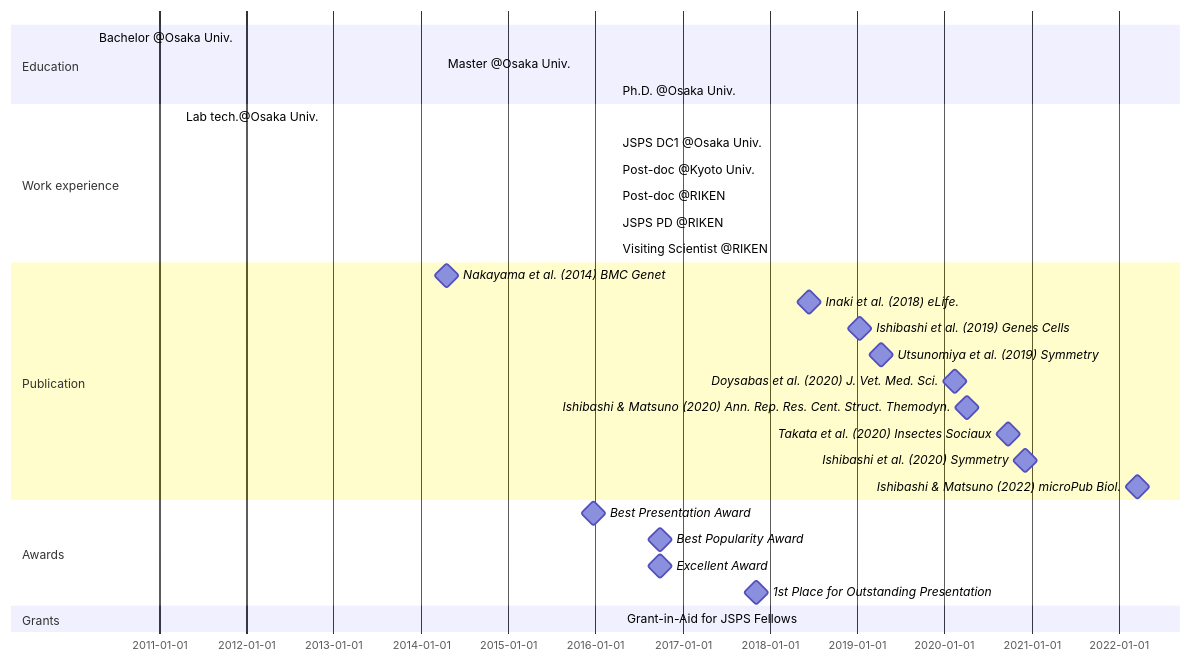
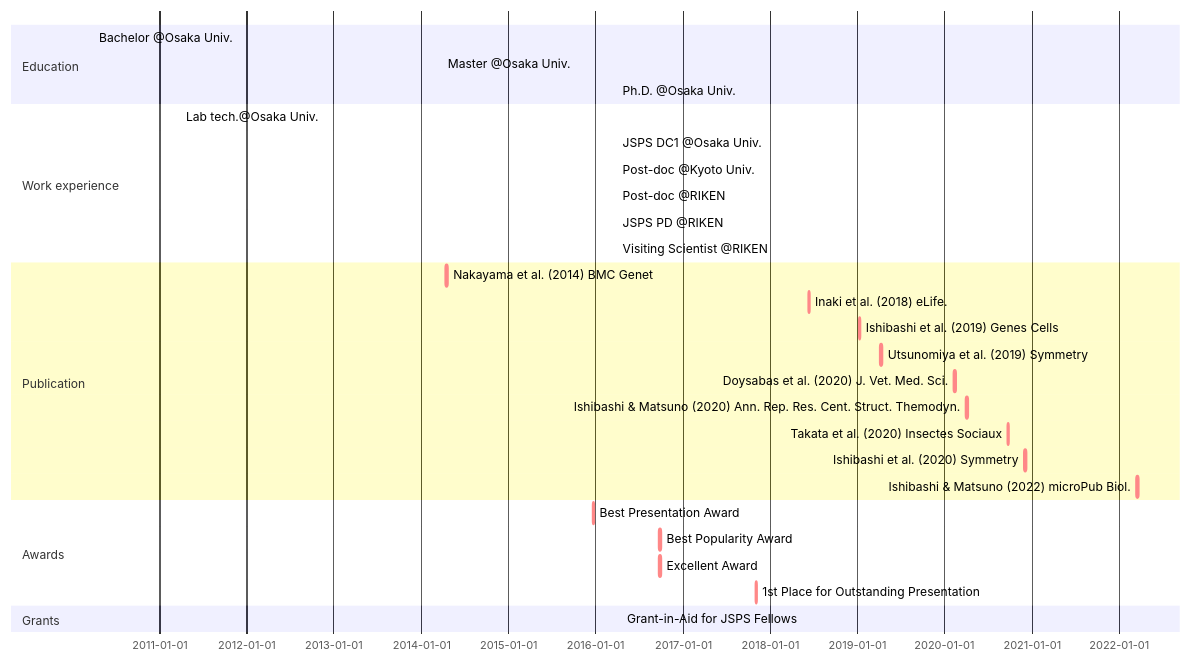
The diagram in _includes/mermaid-cv.md (ishibaki/ishibaki.github.io), drawn with Mermaid before and after one commit.

````diff
--- a/_includes/mermaid-cv.md
+++ b/_includes/mermaid-cv.md
@@ -1,31 +1,31 @@
 ```mermaid
 gantt
 section Education
   Bachelor @Osaka Univ. : BS, 2010-04-01, 2014-03-25
   Master @Osaka Univ.   : MS, 2014-04-01, 2016-03-28
   Ph.D. @Osaka Univ.    : Ph.D., 2016-04-01, 2019-03-25
 section Work experience
   Lab tech.@Osaka Univ.     : done, OU-tech, 2011-04-01, 2012-03-31
   JSPS DC1 @Osaka Univ.     : done, DC1, 2016-04-01, 2019-03-31
   Post-doc @Kyoto Univ.     : done, KU-postdoc, after DC1, 2021-04-30
   Post-doc @RIKEN           : done, RIKEN-postdoc, after KU-postdoc, 2022-03-31
   JSPS PD @RIKEN            : active, PD, after RIKEN-postdoc, 2025-03-31
   Visiting Scientist @RIKEN : active, PD, after RIKEN-postdoc, 2025-03-31
 section Publication
-  Nakayama et al. (2014) BMC Genet          : milestone, nakayama2014, 2014-04-16, 1w
-  Inaki et al. (2018) eLife.                : milestone, inaki2018, 2018-06-12, 1w
-  Ishibashi et al. (2019) Genes Cells       : milestone, ishibashi2019, 2019-01-09, 1w
-  Utsunomiya et al. (2019) Symmetry         : milestone, utsunomiya2019, 2019-04-08, 1w
-  Doysabas et al. (2020) J. Vet. Med. Sci.  : milestone, doysabas2020, 2020-02-12, 1w
-  Ishibashi & Matsuno (2020) Ann. Rep. Res. Cent. Struct. Themodyn. : milestone, ishibashi2020a, 2020-04-01, 1w
-  Takata et al. (2020) Insectes Sociaux     : milestone, takata2020, 2020-09-22, 1w
-  Ishibashi et al. (2020) Symmetry          : milestone, ishibashi2020b, 2020-12-02, 1w
-  Ishibashi & Matsuno (2022) microPub Biol. : milestone, ishibashi2022, 2022-03-18, 1w
+  Nakayama et al. (2014) BMC Genet          : crit, nakayama2014, 2014-04-16, 1w
+  Inaki et al. (2018) eLife.                : crit, inaki2018, 2018-06-12, 1w
+  Ishibashi et al. (2019) Genes Cells       : crit, ishibashi2019, 2019-01-09, 1w
+  Utsunomiya et al. (2019) Symmetry         : crit, utsunomiya2019, 2019-04-08, 1w
+  Doysabas et al. (2020) J. Vet. Med. Sci.  : crit, doysabas2020, 2020-02-12, 1w
+  Ishibashi & Matsuno (2020) Ann. Rep. Res. Cent. Struct. Themodyn. : crit, ishibashi2020a, 2020-04-01, 1w
+  Takata et al. (2020) Insectes Sociaux     : crit, takata2020, 2020-09-22, 1w
+  Ishibashi et al. (2020) Symmetry          : crit, ishibashi2020b, 2020-12-02, 1w
+  Ishibashi & Matsuno (2022) microPub Biol. : crit, ishibashi2022, 2022-03-18, 1w
 section Awards
-  Best Presentation Award                : milestone, aw_1, 2015-12-20, 1w
-  Best Popularity Award                  : milestone, aw_2, 2016-09-25, 1w
-  Excellent Award                        : milestone, aw_3, 2016-09-25, 1w
-  1st Place for Outstanding Presentation : milestone, aw_4, 2017-11-01, 1w
+  Best Presentation Award                : crit, aw_1, 2015-12-20, 1w
+  Best Popularity Award                  : crit, aw_2, 2016-09-25, 1w
+  Excellent Award                        : crit, aw_3, 2016-09-25, 1w
+  1st Place for Outstanding Presentation : crit, aw_4, 2017-11-01, 1w
 section Grants
   Grant-in-Aid for JSPS Fellows : done, grant_DC1, 2016-04-22, 2019-03-31
 ```
````
